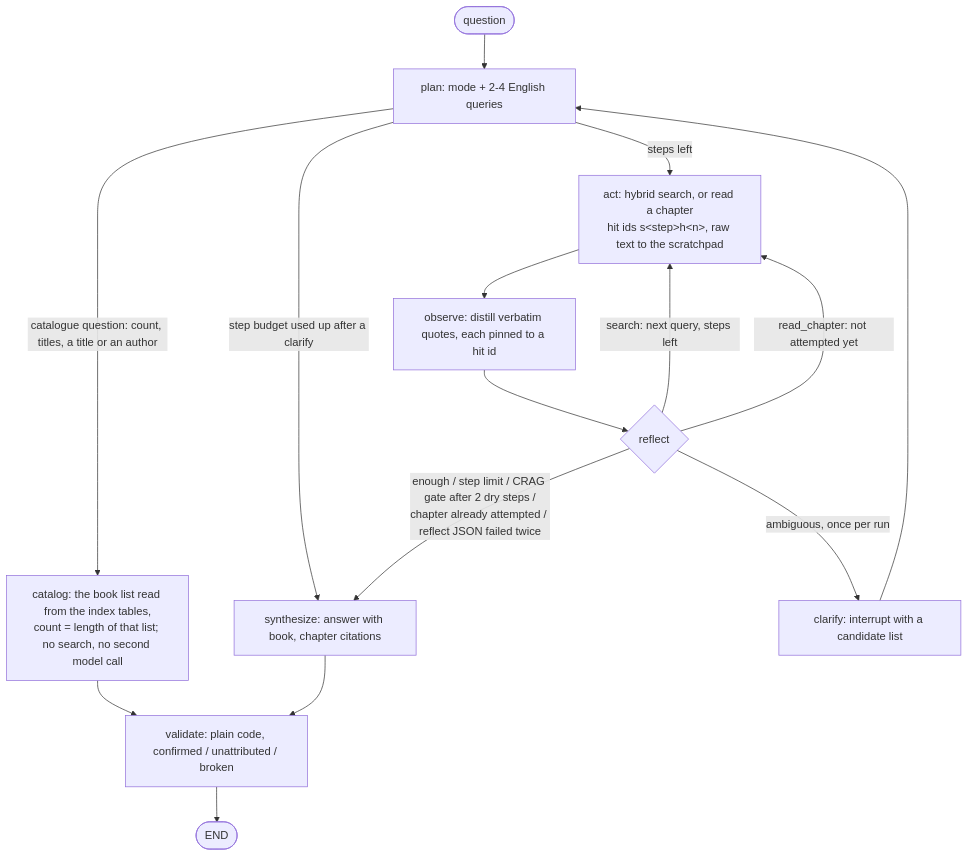
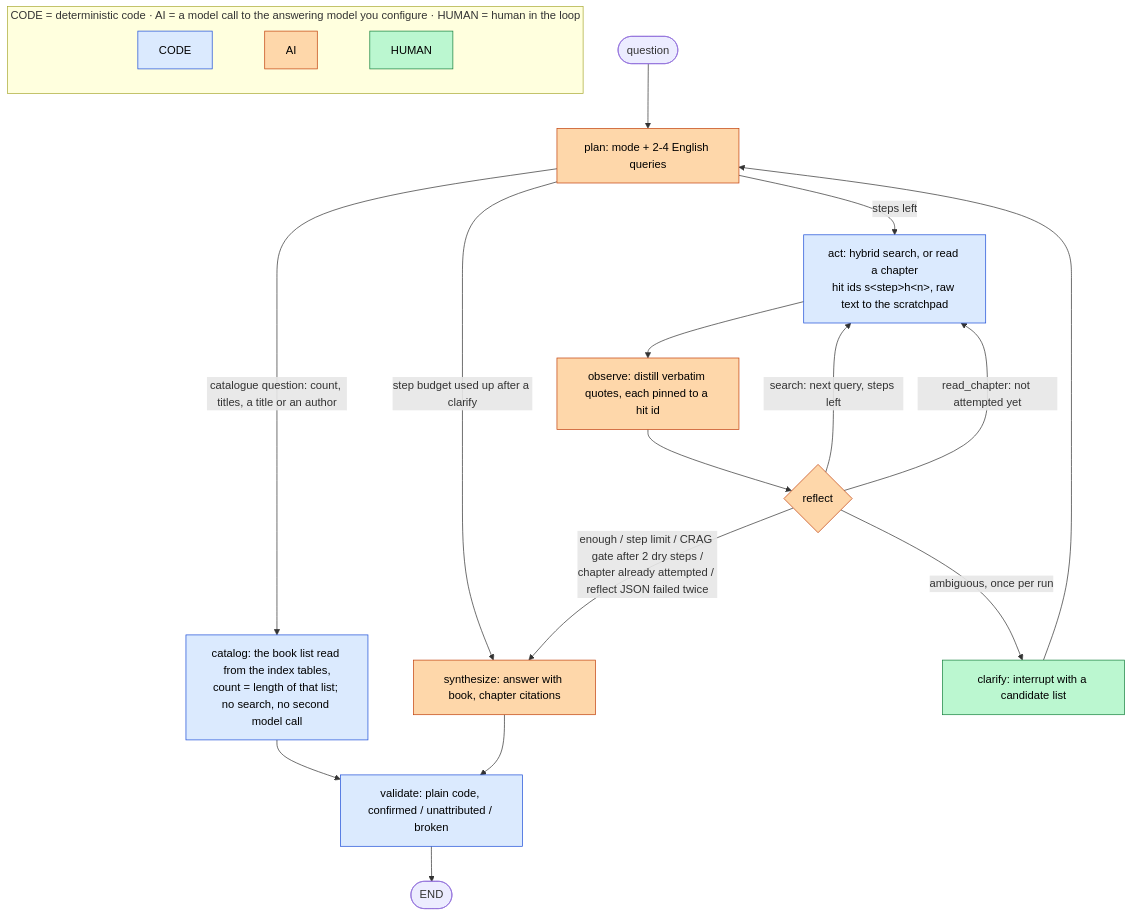
Before and after one commit to ievgen-borysenko/ask-your-library: the second of 2 diagrams in docs/architecture.md, drawn with Mermaid. The commit also changed other lines of this file and 6 other files, not shown here.

````diff
--- a/docs/architecture.md
+++ b/docs/architecture.md
@@ -6,17 +57,27 @@
 ```mermaid
 flowchart TD
     Q([question]) --> P[plan: mode + 2-4 English queries]
     P -->|steps left| A[act: hybrid search, or read a chapter<br/>hit ids s&lt;step&gt;h&lt;n&gt;, raw text to the scratchpad]
     P -->|step budget used up after a clarify| S
     P -->|catalogue question: count, titles, a title or an author| K[catalog: the book list read from the index tables,<br/>count = length of that list; no search, no second model call]
     K --> V
     A --> O[observe: distill verbatim quotes, each pinned to a hit id]
     O --> R{reflect}
     R -->|search: next query, steps left| A
     R -->|read_chapter: not attempted yet| A
     R -->|ambiguous, once per run| C[clarify: interrupt with a candidate list]
     C --> P
     R -->|enough / step limit / CRAG gate after 2 dry steps /<br/>chapter already attempted / reflect JSON failed twice| S[synthesize: answer with book, chapter citations]
     S --> V[validate: plain code, confirmed / unattributed / broken]
     V --> E([END])
+    classDef code fill:#dbeafe,stroke:#1d4ed8,color:#000
+    classDef ai fill:#fed7aa,stroke:#c2410c,color:#000
+    classDef human fill:#bbf7d0,stroke:#15803d,color:#000
+    class P,O,R,S ai
+    class A,K,V code
+    class C human
+    subgraph legend["CODE = deterministic code · AI = a model call to the answering model you configure · HUMAN = human in the loop"]
+        direction LR
+        L1["CODE"]:::code ~~~ L2["AI"]:::ai ~~~ L3["HUMAN"]:::human
+    end
 ```
````
